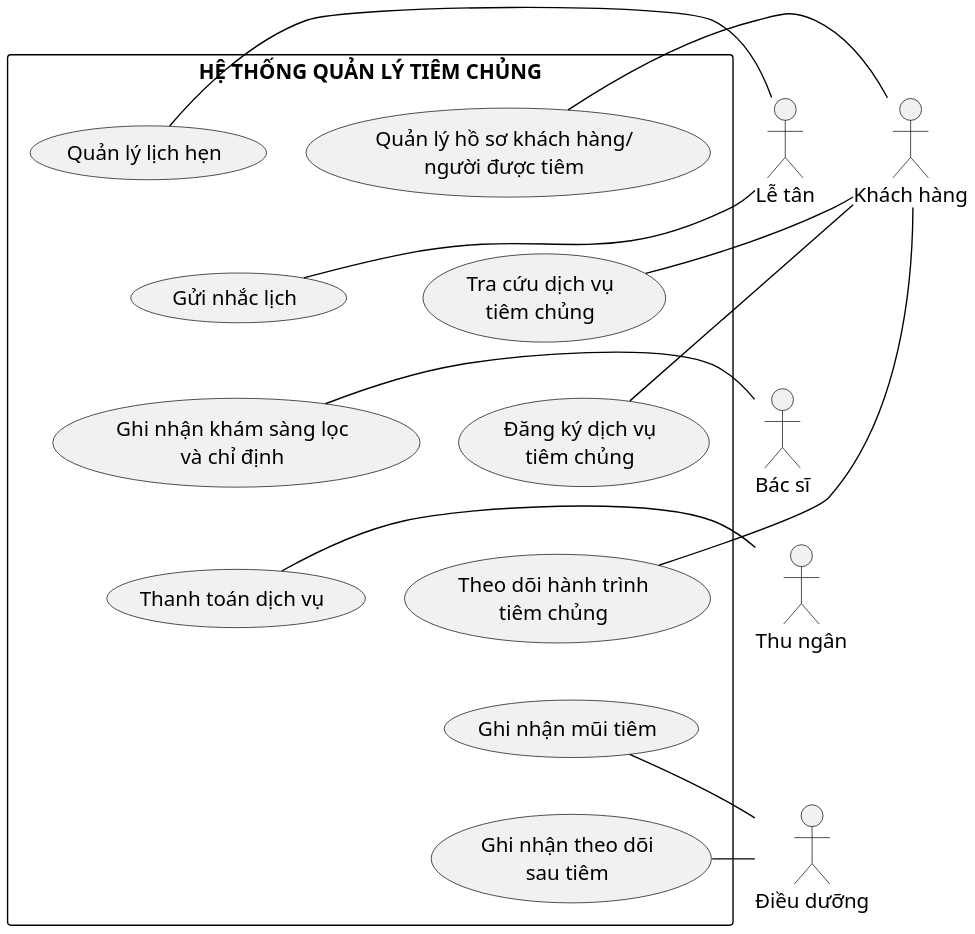
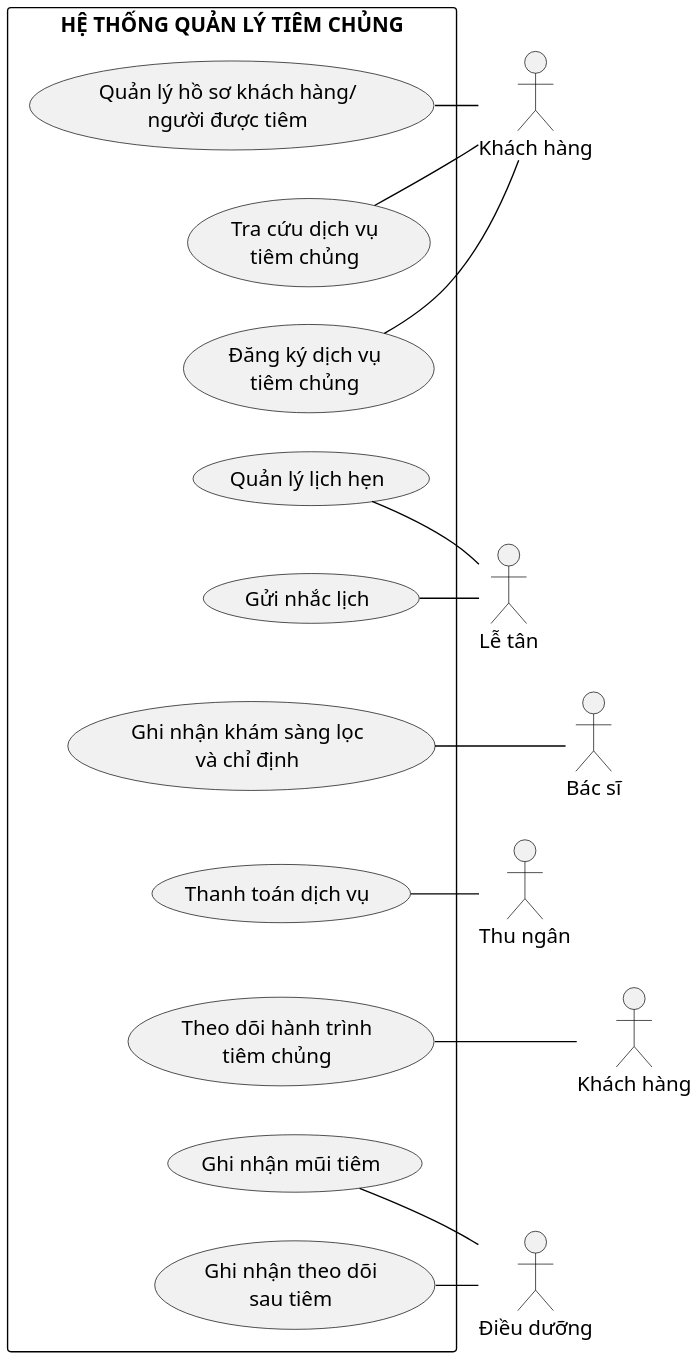
Before and after one commit to datngo1203/KLCN-QuanLyTiemChung: the diagram in docs/thesis/uml/Hinh_2_9_System_Use_Case_Tong_Quan.puml, drawn with PlantUML.

Commit message:
docs(thesis): reduce Hinh 2.9 connector crossings

```diff
--- a/docs/thesis/uml/Hinh_2_9_System_Use_Case_Tong_Quan.puml
+++ b/docs/thesis/uml/Hinh_2_9_System_Use_Case_Tong_Quan.puml
@@ -1,74 +1,72 @@
 @startuml
 ' THESIS-R1 — Hình 2.9 System Use Case summary
 ' Semantic source: SCOPE.md System Use Case semantic lock v3 + presentation lock v1
-' Summary shows primary/representative actor associations only; detail views carry full coverage.
+' Summary shows primary/representative actor associations only.
+' "Khách hàng" is repeated as the same semantic actor to reduce connector crossing.
 skinparam monochrome true
 skinparam shadowing false
 skinparam backgroundColor white
 skinparam defaultFontName "Times New Roman"
 skinparam defaultFontSize 15
 skinparam ArrowColor black
 skinparam ActorBorderColor black
 skinparam UsecaseBorderColor black
 skinparam RectangleBorderColor black
-skinparam nodesep 28
-skinparam ranksep 34
+skinparam nodesep 26
+skinparam ranksep 28
 skinparam dpi 180
 
 top to bottom direction
 
-actor "Khách hàng" as Customer
-actor "Lễ tân" as Reception
+actor "Khách hàng" as CustomerTop
+actor "Bác sĩ" as Doctor
+actor "Khách hàng" as CustomerBottom
 
 rectangle "HỆ THỐNG QUẢN LÝ TIÊM CHỦNG" as SystemBoundary {
   usecase "Quản lý hồ sơ khách hàng/\nngười được tiêm" as UC09
+  usecase "Tra cứu dịch vụ\ntiêm chủng" as UC10
+  usecase "Đăng ký dịch vụ\ntiêm chủng" as UC11
   usecase "Quản lý lịch hẹn" as UC12
-
-  usecase "Tra cứu dịch vụ\ntiêm chủng" as UC10
   usecase "Gửi nhắc lịch" as UC13
-
-  usecase "Đăng ký dịch vụ\ntiêm chủng" as UC11
   usecase "Ghi nhận khám sàng lọc\nvà chỉ định" as UC15
-
+  usecase "Thanh toán dịch vụ" as UC16
   usecase "Theo dõi hành trình\ntiêm chủng" as UC19
-  usecase "Thanh toán dịch vụ" as UC16
-
   usecase "Ghi nhận mũi tiêm" as UC17
   usecase "Ghi nhận theo dõi\nsau tiêm" as UC18
 
-  ' Semantic-free layout constraints: two compact columns.
   UC09 -[hidden]down- UC10
   UC10 -[hidden]down- UC11
-  UC11 -[hidden]down- UC19
-
+  UC11 -[hidden]down- UC12
   UC12 -[hidden]down- UC13
   UC13 -[hidden]down- UC15
   UC15 -[hidden]down- UC16
-  UC16 -[hidden]down- UC17
+  UC16 -[hidden]down- UC19
+  UC19 -[hidden]down- UC17
   UC17 -[hidden]down- UC18
-
-  UC09 -[hidden]right- UC12
-  UC10 -[hidden]right- UC13
-  UC11 -[hidden]right- UC15
-  UC19 -[hidden]right- UC16
 }
 
-actor "Bác sĩ" as Doctor
+actor "Lễ tân" as Reception
 actor "Thu ngân" as Cashier
 actor "Điều dưỡng" as Nurse
 
+' Keep actor columns vertically ordered; hidden links have no semantic meaning.
+CustomerTop -[hidden]down- Doctor
+Doctor -[hidden]down- CustomerBottom
+Reception -[hidden]down- Cashier
+Cashier -[hidden]down- Nurse
+
 ' Summary: primary/representative actor associations only.
-Customer -right- UC09
-Customer -right- UC10
-Customer -right- UC11
-Customer -right- UC19
+CustomerTop -right- UC09
+CustomerTop -right- UC10
+CustomerTop -right- UC11
 
-Reception -right- UC12
-Reception -right- UC13
+Reception -left- UC12
+Reception -left- UC13
 
-UC15 -right- Doctor
-UC16 -right- Cashier
-UC17 -right- Nurse
-UC18 -right- Nurse
+Doctor -right- UC15
+Cashier -left- UC16
+CustomerBottom -right- UC19
+Nurse -left- UC17
+Nurse -left- UC18
 
 @enduml
```
